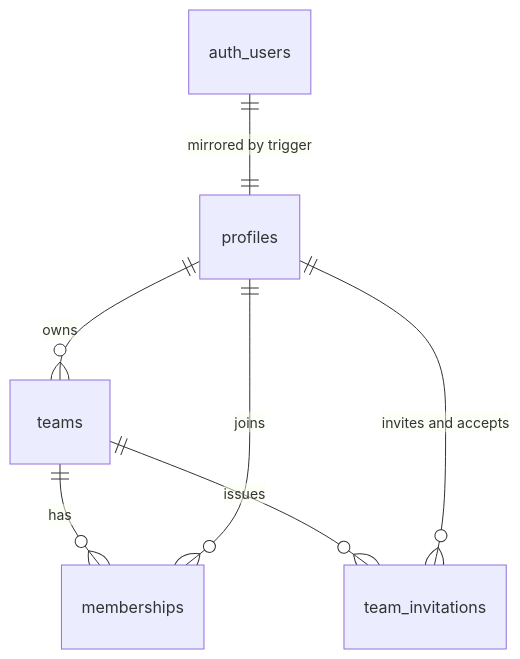
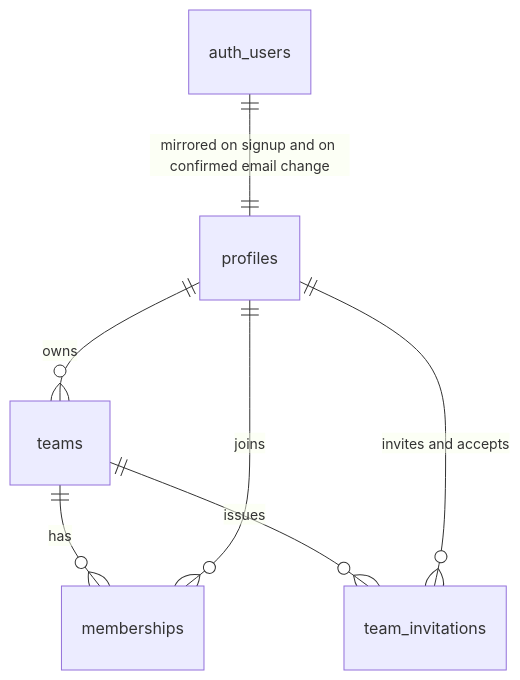
Before and after one commit to alejandrovrandecom/dropshipping-operations-platform: the diagram in docs/database/architecture.md, drawn with Mermaid. The commit also changed other lines of this file and 9 other files, not shown here.

````diff
--- a/docs/database/architecture.md
+++ b/docs/database/architecture.md
@@ -15,9 +15,9 @@
 ```mermaid
 erDiagram
-  auth_users ||--|| profiles : "mirrored by trigger"
+  auth_users ||--|| profiles : "mirrored on signup and on confirmed email change"
   profiles ||--o{ teams : owns
   teams ||--o{ memberships : has
   profiles ||--o{ memberships : joins
   teams ||--o{ team_invitations : issues
   profiles ||--o{ team_invitations : "invites and accepts"
 ```
````
